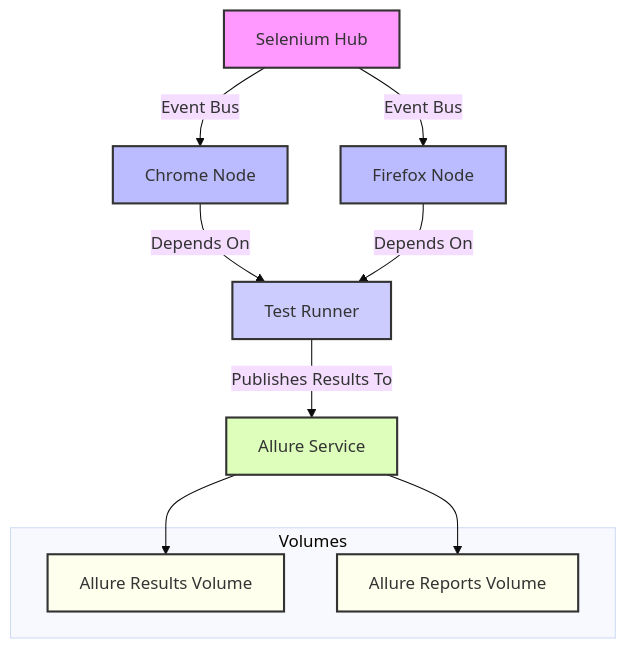
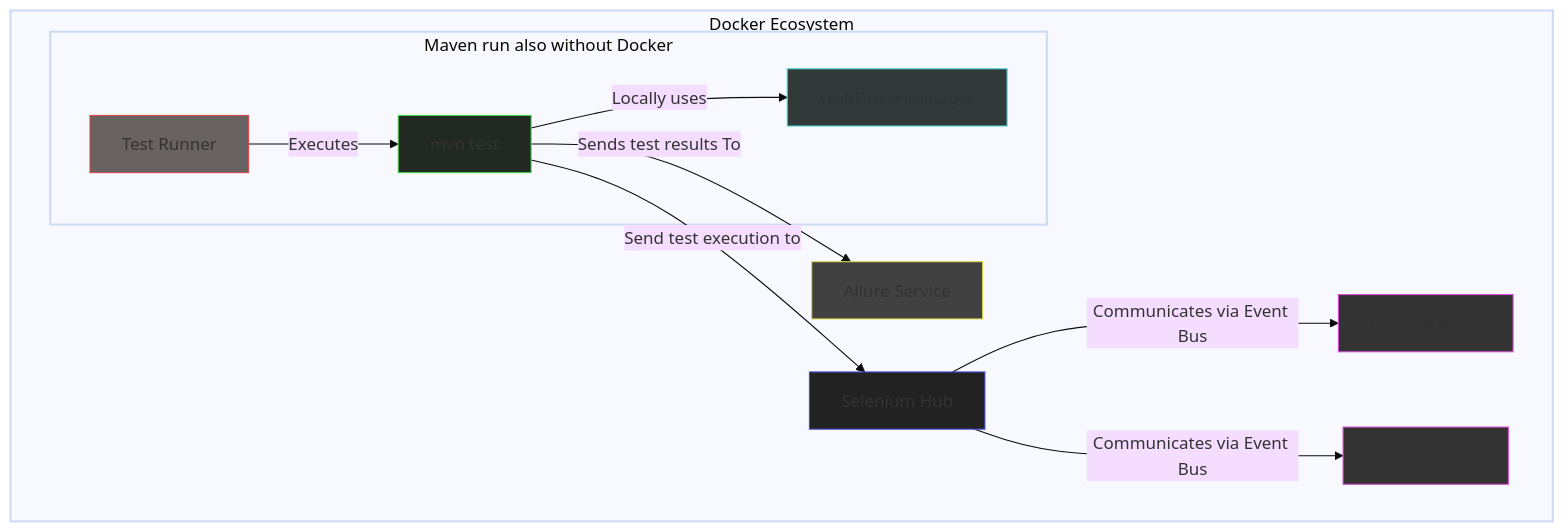
Before and after one commit to manueligno78/atiade: the diagram in README.md, drawn with Mermaid (base theme). The commit also changed 2 other files, not shown here.

Commit message:
Readme e order of deps changed

````diff
--- a/README.md
+++ b/README.md
@@ -6,30 +16,35 @@
 ```mermaid
 flowchart TD
-    A[Selenium Hub] -->|Event Bus| B[Chrome Node]
-    A -->|Event Bus| C[Firefox Node]
-    B -->|Depends On| D[Test Runner]
-    C -->|Depends On| D[Test Runner]
-    D -->|Publishes Results To| E[Allure Reports]
-    
-    subgraph Volumes
-      F[Allure Results]
-      G[Allure Reports]
+
+
+    subgraph DockerEcosystem [Docker Ecosystem]
+        subgraph TestRunner [Maven run also without Docker]
+            A[Test Runner]:::runner -->|Executes| B[mvn test]:::command
+            B -->|Locally uses| H[WebDriverManager]:::local-drivers
+        end
+        B -->|Send test execution to| C[Selenium Hub]:::hub
+        C -->|Communicates via Event Bus| D[Chrome Node]:::node
+        C -->|Communicates via Event Bus| E[Firefox Node]:::node
+        B -->|Sends test results To| F[Allure Service]:::allure
     end
 
-    E --> F
-    E --> G
+    classDef runner fill:#696262, stroke:#d94a4a;
+    classDef command fill:#222922, stroke:#4ad94a;
+    classDef hub fill:#222222, stroke:#4a4ad9;
+    classDef node fill:#333333, stroke:#d94ad9;
+    classDef allure fill:#414141, stroke:#d9d94a;
+    classDef local-drivers fill:#323939, stroke:#4ad9d9;
 
-    A[Selenium Hub]:::hub
-    B[Chrome Node]:::node
-    C[Firefox Node]:::node
-    D[Test Runner]:::runner
-    E[Allure Service]:::allure
-    F[Allure Results Volume]:::volume
-    G[Allure Reports Volume]:::volume
+    class A runner;
+    class B command;
+    class C hub;
+    class D node;
+    class E node;
+    class F allure;
+    class H local-drivers;
 
-    classDef hub fill:#f9f,stroke:#333,stroke-width:2px;
-    classDef node fill:#bbf,stroke:#333,stroke-width:2px;
-    classDef runner fill:#ccf,stroke:#333,stroke-width:2px;
-    classDef allure fill:#dfb,stroke:#333,stroke-width:2px;
-    classDef volume fill:#ffe,stroke:#333,stroke-width:2px;
+    %% Posizionamento verticale
+    style TestRunner  stroke-width:2px;
+    style DockerEcosystem stroke-width:2px;
+
 ```
````
